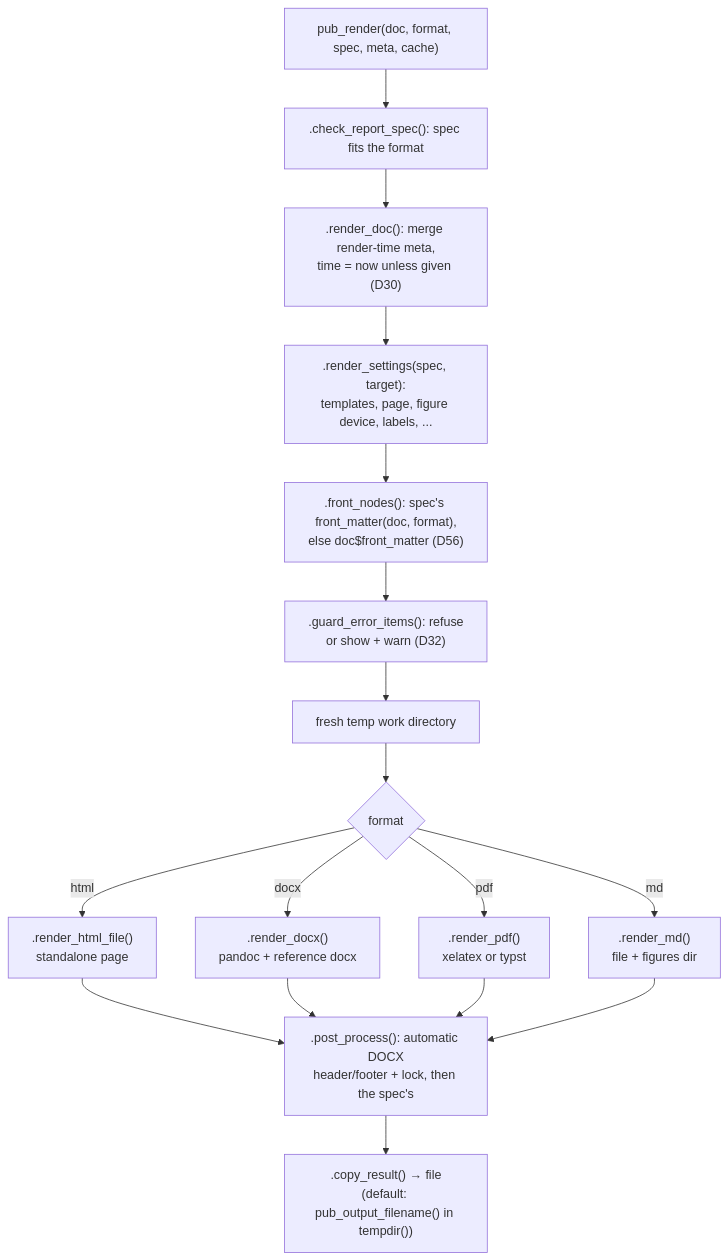
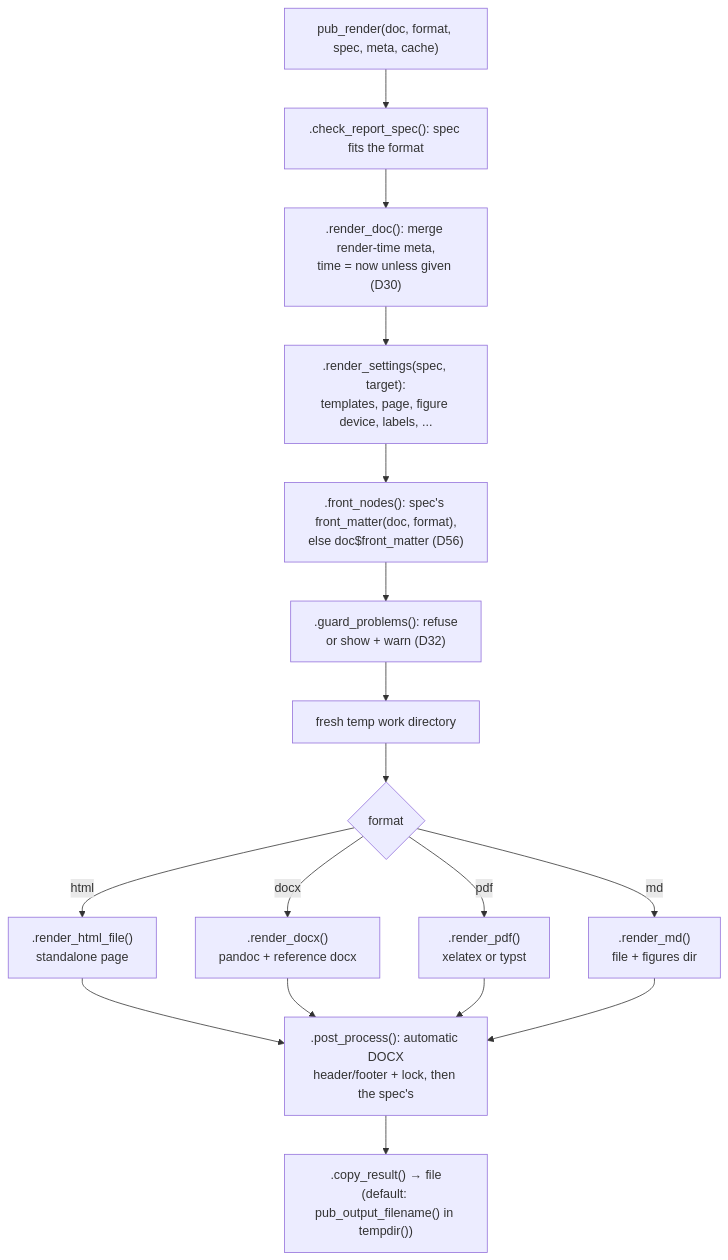
Before and after one commit to rpahl/pubflow: the ninth of 12 diagrams in dev/ARCHITECTURE.md, drawn with Mermaid. The commit also changed other lines of this file and 17 other files, not shown here.

First line of the commit message:
refactor: rename pub_error_items() to pub_problems(), error_items to problems (D58)

````diff
--- a/dev/ARCHITECTURE.md
+++ b/dev/ARCHITECTURE.md
@@ -452,23 +452,23 @@
 ```mermaid
 flowchart TB
     a["pub_render(doc, format, spec, meta, cache)"]
     b[".check_report_spec(): spec fits the format"]
     c[".render_doc(): merge render-time meta,<br/>time = now unless given (D30)"]
     d[".render_settings(spec, target):<br/>templates, page, figure device, labels, ..."]
     e[".front_nodes(): spec's front_matter(doc, format),<br/>else doc$front_matter (D56)"]
-    f[".guard_error_items(): refuse<br/>or show + warn (D32)"]
+    f[".guard_problems(): refuse<br/>or show + warn (D32)"]
     g["fresh temp work directory"]
     h{"format"}
     h1[".render_html_file()<br/>standalone page"]
     h2[".render_docx()<br/>pandoc + reference docx"]
     h3[".render_pdf()<br/>xelatex or typst"]
     h4[".render_md()<br/>file + figures dir"]
     i[".post_process(): automatic DOCX<br/>header/footer + lock, then the spec's"]
     j[".copy_result() → file<br/>(default: pub_output_filename() in tempdir())"]
     a --> b --> c --> d --> e --> f --> g --> h
     h -- html --> h1 --> i
     h -- docx --> h2 --> i
     h -- pdf --> h3 --> i
     h -- md --> h4 --> i
     i --> j
 ```
````
